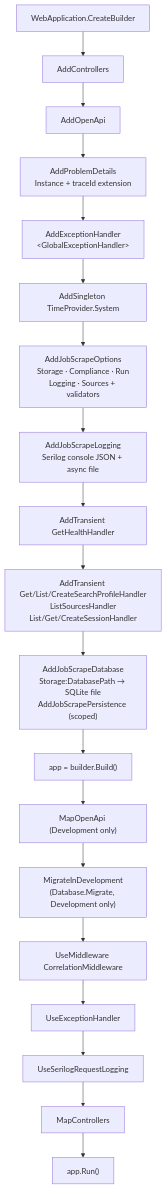
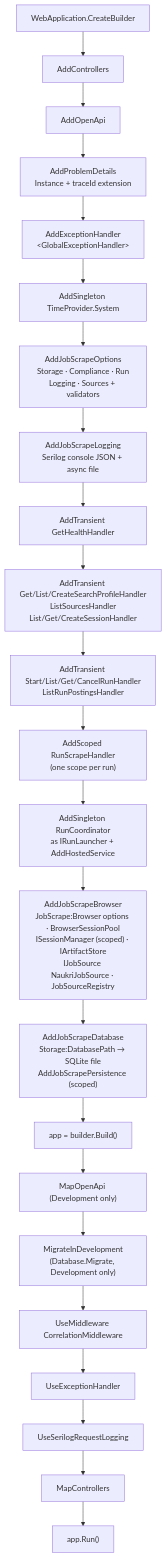
One commit to AslamNazeerShaikh/PlaywrightDotNet changed the fourth of 11 diagrams in docs/02-architecture.md. Above: the diagram before and after it, drawn with Mermaid. The commit also changed other lines of this file and 82 other files, not shown here.

First line of the commit message:
feat(runs): scrape Naukri live from the cockpit with background runs

````diff
--- a/docs/02-architecture.md
+++ b/docs/02-architecture.md
@@ -173,21 +186,25 @@
 ```mermaid
 flowchart TB
     B["WebApplication.CreateBuilder"] --> CTRL["AddControllers"]
     CTRL --> OA["AddOpenApi"]
     OA --> PD["AddProblemDetails<br/>Instance + traceId extension"]
     PD --> EXH["AddExceptionHandler<br/>&lt;GlobalExceptionHandler&gt;"]
     EXH --> CLK["AddSingleton TimeProvider.System"]
     CLK --> OPT["AddJobScrapeOptions<br/>Storage · Compliance · Run<br/>Logging · Sources + validators"]
     OPT --> LOGG["AddJobScrapeLogging<br/>Serilog console JSON + async file"]
     LOGG --> H1["AddTransient GetHealthHandler"]
     H1 --> H2["AddTransient Get/List/CreateSearchProfileHandler<br/>ListSourcesHandler<br/>List/Get/CreateSessionHandler"]
-    H2 --> DB["AddJobScrapeDatabase<br/>Storage:DatabasePath → SQLite file<br/>AddJobScrapePersistence (scoped)"]
+    H2 --> H3["AddTransient Start/List/Get/CancelRunHandler<br/>ListRunPostingsHandler"]
+    H3 --> RSH["AddScoped RunScrapeHandler<br/>(one scope per run)"]
+    RSH --> COORD["AddSingleton RunCoordinator<br/>as IRunLauncher + AddHostedService"]
+    COORD --> BRWS["AddJobScrapeBrowser<br/>JobScrape:Browser options · BrowserSessionPool<br/>ISessionManager (scoped) · IArtifactStore<br/>IJobSource NaukriJobSource · JobSourceRegistry"]
+    BRWS --> DB["AddJobScrapeDatabase<br/>Storage:DatabasePath → SQLite file<br/>AddJobScrapePersistence (scoped)"]
     DB --> BUILD["app = builder.Build()"]
     BUILD --> MAPOA["MapOpenApi (Development only)"]
     MAPOA --> MIG["MigrateInDevelopment<br/>(Database.Migrate, Development only)"]
     MIG --> CORR["UseMiddleware CorrelationMiddleware"]
     CORR --> EXHMW["UseExceptionHandler"]
     EXHMW --> SERILOG["UseSerilogRequestLogging"]
     SERILOG --> MAPC["MapControllers"]
     MAPC --> RUN["app.Run()"]
 ```
````
